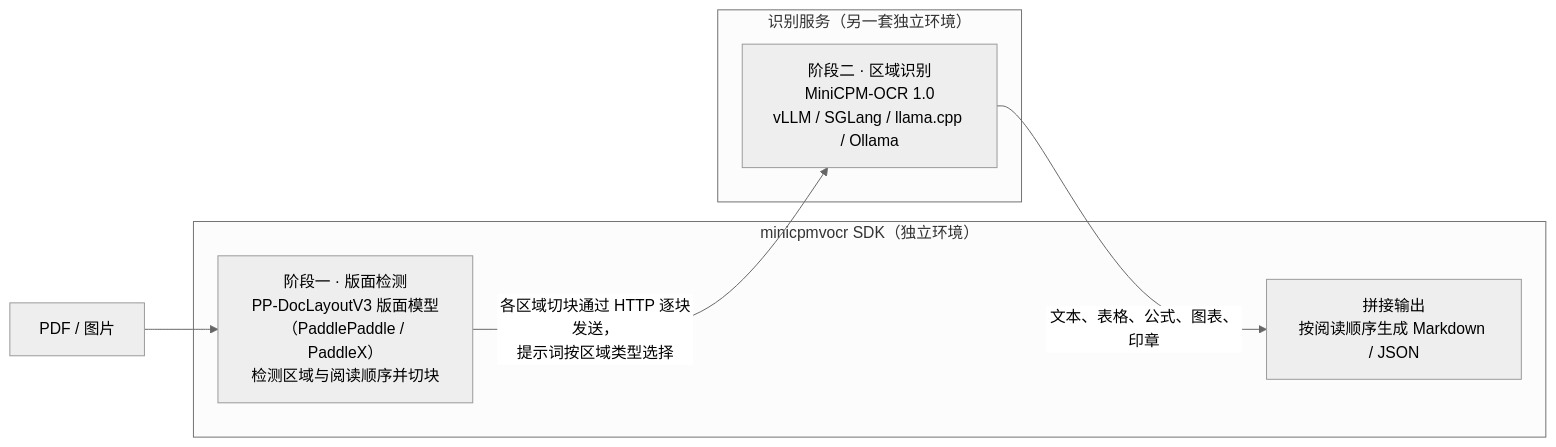
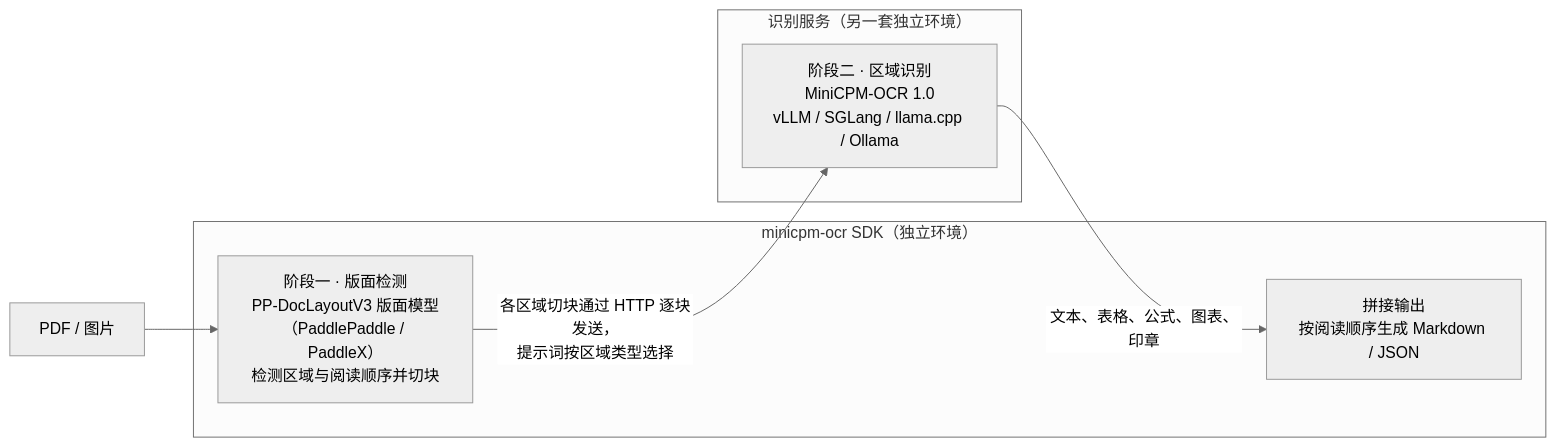
One commit to OpenBMB/MiniCPM-OCR changed the diagram in README_zh.md. Above: the diagram before and after it, drawn with Mermaid (neutral theme). The commit also changed other lines of this file and 1 other file, not shown here.

Commit message:
docs: rename the SDK to minicpm-ocr in the pipeline section
Use the PyPI distribution name in the prose and the Mermaid diagram of
both READMEs, matching the link target on PyPI.

````diff
--- a/README_zh.md
+++ b/README_zh.md
@@ -156,16 +156,16 @@
 ```mermaid
 flowchart LR
     DOC["PDF / 图片"] --> S1
 
-    subgraph SDKENV ["minicpmvocr SDK（独立环境）"]
+    subgraph SDKENV ["minicpm-ocr SDK（独立环境）"]
         S1["阶段一 · 版面检测<br>PP-DocLayoutV3 版面模型（PaddlePaddle / PaddleX）<br>检测区域与阅读顺序并切块"]
         ASM["拼接输出<br>按阅读顺序生成 Markdown / JSON"]
     end
 
     subgraph SRVENV ["识别服务（另一套独立环境）"]
         S2["阶段二 · 区域识别<br>MiniCPM-OCR 1.0<br>vLLM / SGLang / llama.cpp / Ollama"]
     end
 
     S1 -- "各区域切块通过 HTTP 逐块发送，<br>提示词按区域类型选择" --> S2
     S2 -- "文本、表格、公式、图表、印章" --> ASM
 ```
````
